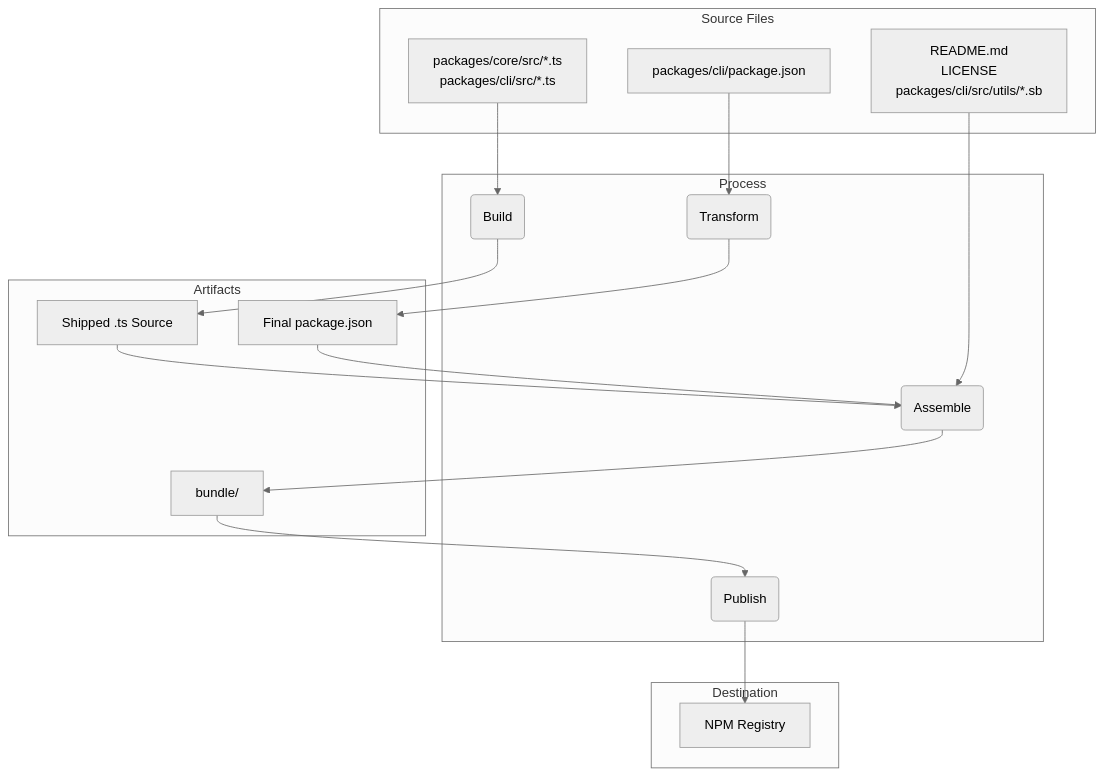
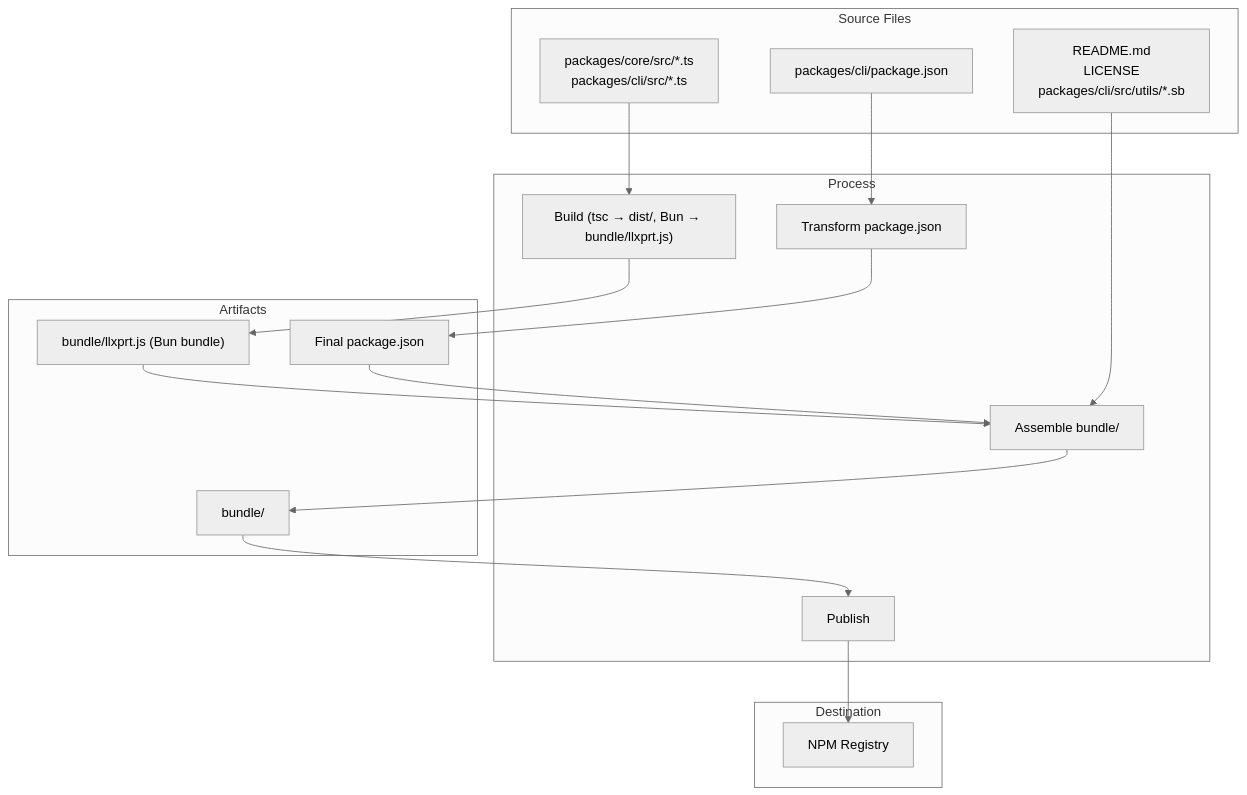
The diagram in dev-docs/npm.md (vybestack/llxprt-code), drawn with Mermaid (neutral theme) before and after one commit. The commit also changed other lines of this file and 6 other files, not shown here.

First line of the commit message:
docs: Correct false claims about dist/ and esbuild in Bun migration docs (Fixes #2245)

````diff
--- a/dev-docs/npm.md
+++ b/dev-docs/npm.md
@@ -231,33 +232,33 @@
 ```mermaid
 graph TD
     subgraph "Source Files"
         A["packages/core/src/*.ts<br/>packages/cli/src/*.ts"]
         B["packages/cli/package.json"]
         C["README.md<br/>LICENSE<br/>packages/cli/src/utils/*.sb"]
     end
 
     subgraph "Process"
-        D(Build)
-        E(Transform)
-        F(Assemble)
-        G(Publish)
+        D["Build (tsc → dist/, Bun → bundle/llxprt.js)"]
+        E["Transform package.json"]
+        F["Assemble bundle/"]
+        G["Publish"]
     end
 
     subgraph "Artifacts"
-        H["Shipped .ts Source"]
+        H["bundle/llxprt.js (Bun bundle)"]
         I["Final package.json"]
         J["bundle/"]
     end
 
     subgraph "Destination"
         K["NPM Registry"]
     end
 
     A --> D --> H
     B --> E --> I
     C --> F
     H --> F
     I --> F
     F --> J
     J --> G --> K
 ```
````
